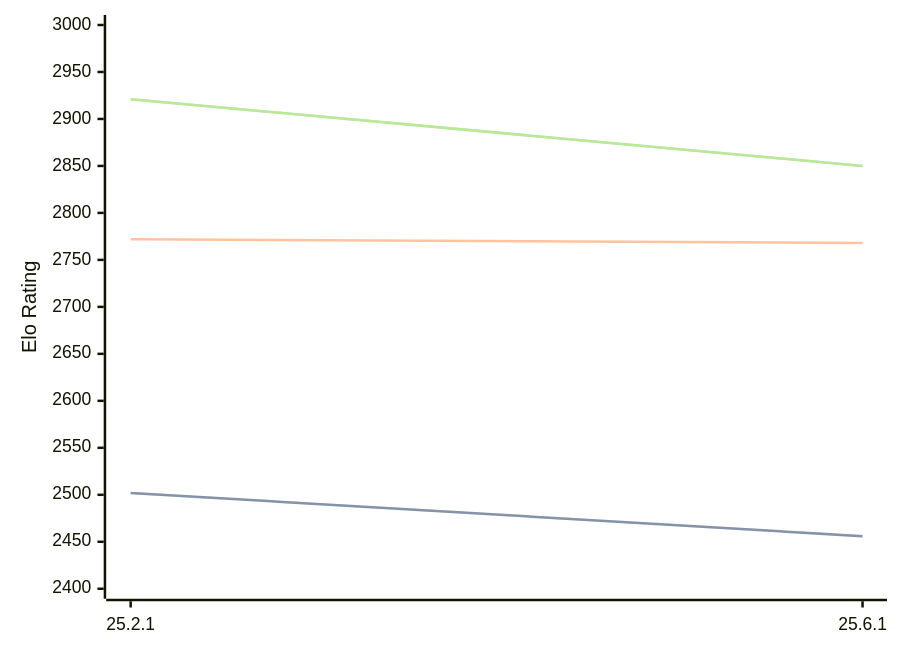
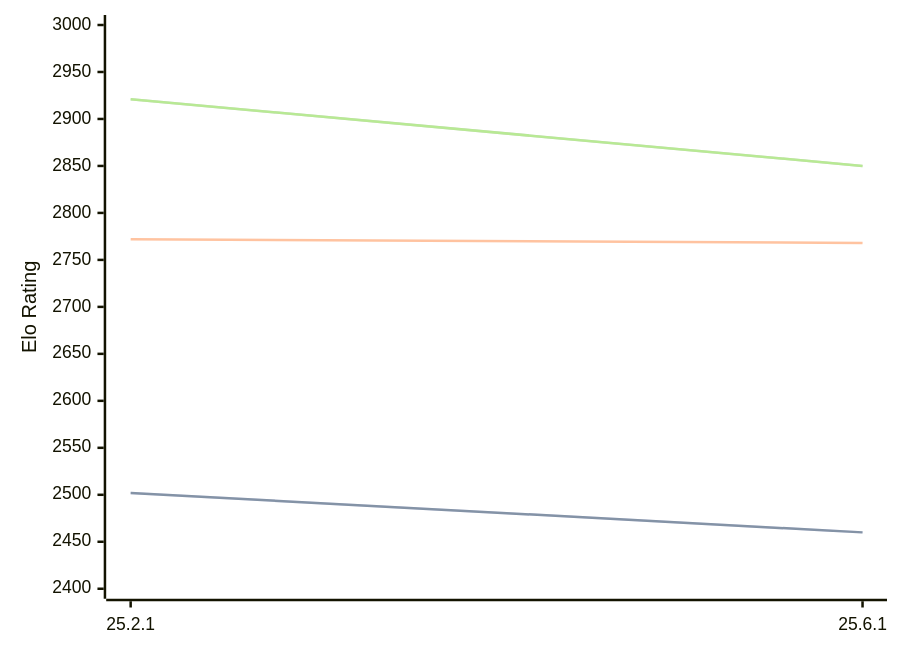
One commit to computer-chess-index/cci changed the first of 3 diagrams in engines/Crafty.md. Above: the diagram before and after it, drawn with Mermaid. The commit also changed other lines of this file, not shown here.

````diff
--- a/engines/Crafty.md
+++ b/engines/Crafty.md
@@ -32,11 +32,11 @@
 ```mermaid
 %%{init: {"theme":"base","themeVariables":{"seriesColors:['#a3a3a3','#222221','#faa371']}}}%%
 xychart-beta
   x-axis ["25.2.1", "25.6.1"]
   y-axis "Elo Rating" 2400 --> 3000
-  line "STC (8.0+0.08s)" [2502, 2456]
-  line "STC (8.0+0.08s)" [2502, 2456]
+  line "STC (8.0+0.08s)" [2502, 2460]
+  line "STC (8.0+0.08s)" [2502, 2460]
   line "LTC (60.0+0.60s)" [2772, 2768]
   line "VLTC (2m24s+1.12s)" [2921, 2850]
   line "VLTC (2m24s+1.12s)" [2921, 2850]
 ```
````
